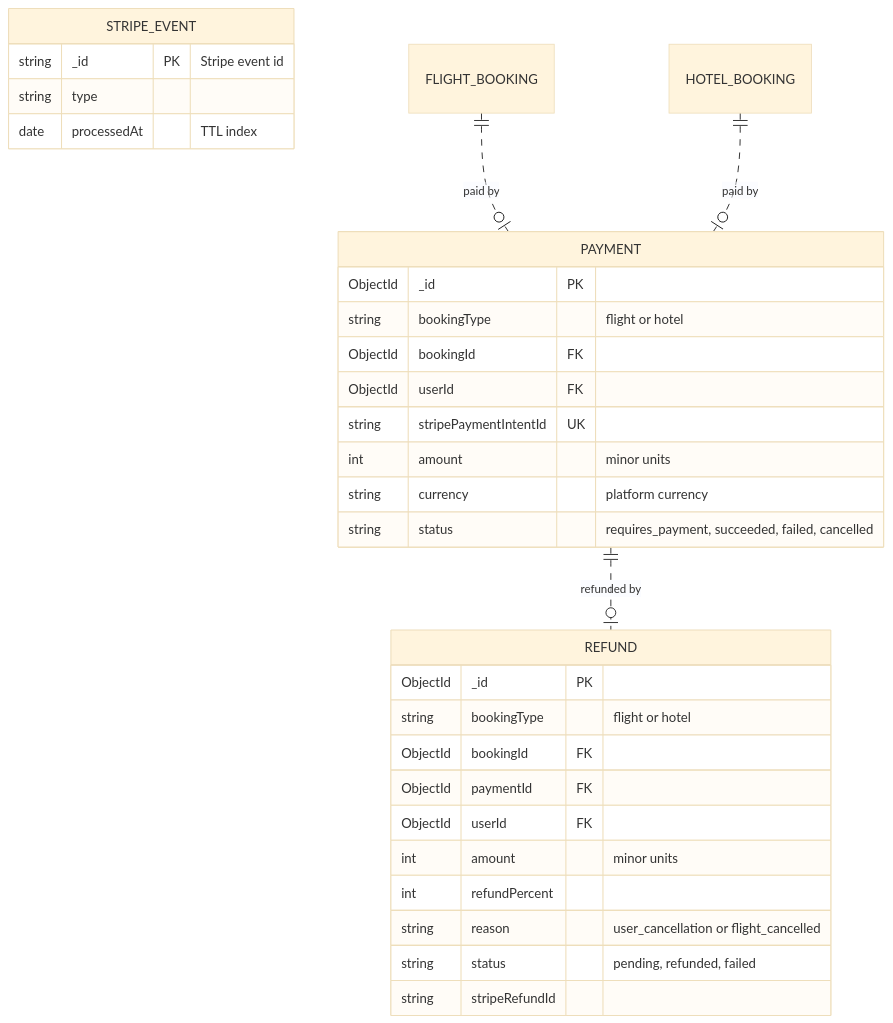
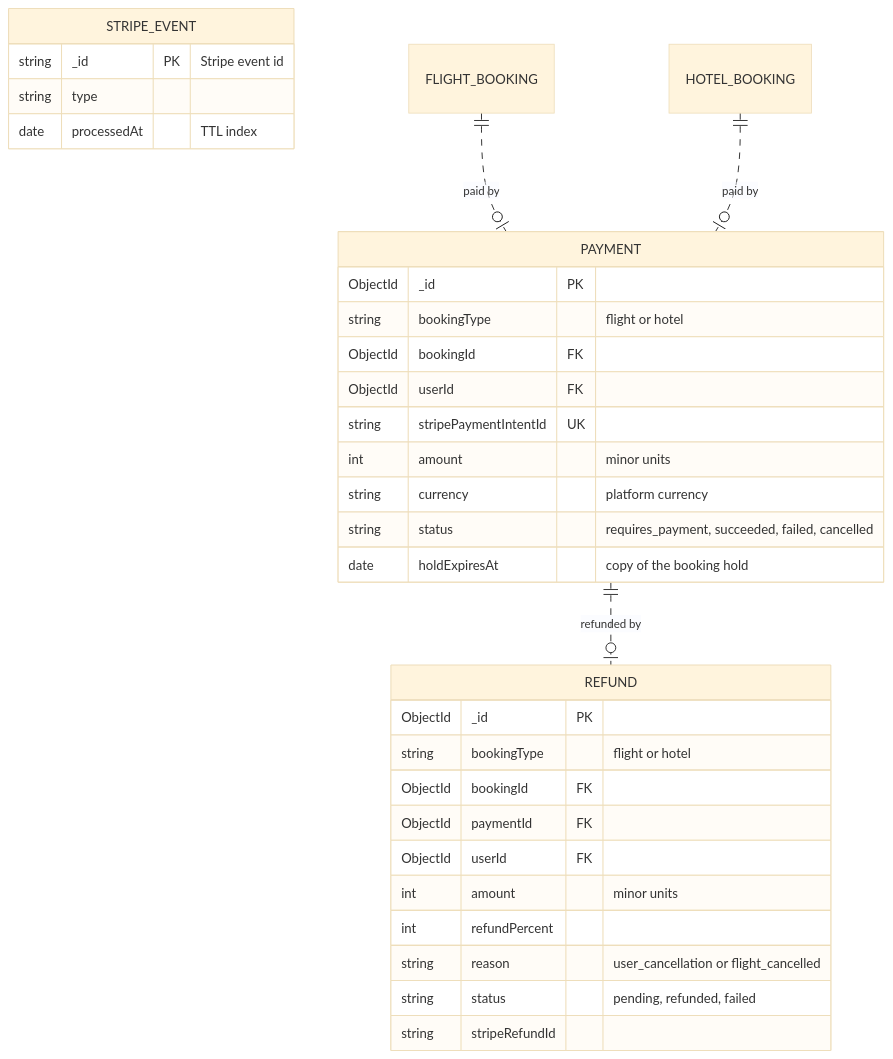
The seventh of 10 diagrams in specs/travel-platform.md (omar-shokrey/travel-planning), drawn with Mermaid (base theme) before and after one commit. The commit also changed other lines of this file and 2 other files, not shown here.

````diff
--- a/specs/travel-platform.md
+++ b/specs/travel-platform.md
@@ -485,33 +485,34 @@
 ```mermaid
 erDiagram
     PAYMENT {
         ObjectId _id PK
         string bookingType "flight or hotel"
         ObjectId bookingId FK
         ObjectId userId FK
         string stripePaymentIntentId UK
         int amount "minor units"
         string currency "platform currency"
         string status "requires_payment, succeeded, failed, cancelled"
+        date holdExpiresAt "copy of the booking hold"
     }
     REFUND {
         ObjectId _id PK
         string bookingType "flight or hotel"
         ObjectId bookingId FK
         ObjectId paymentId FK
         ObjectId userId FK
         int amount "minor units"
         int refundPercent
         string reason "user_cancellation or flight_cancelled"
         string status "pending, refunded, failed"
         string stripeRefundId
     }
     STRIPE_EVENT {
         string _id PK "Stripe event id"
         string type
         date processedAt "TTL index"
     }
     FLIGHT_BOOKING ||..o| PAYMENT : "paid by"
     HOTEL_BOOKING ||..o| PAYMENT : "paid by"
     PAYMENT ||..o| REFUND : "refunded by"
 ```
````
